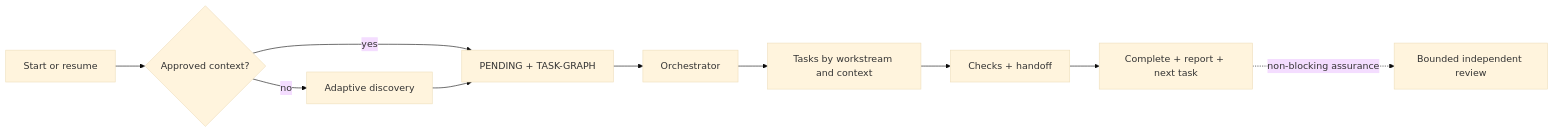
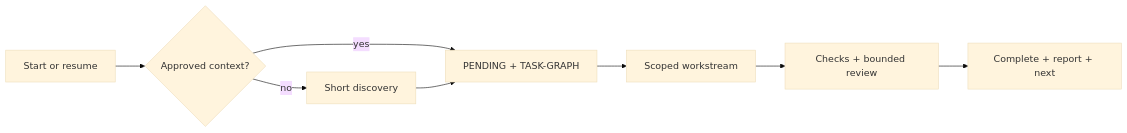
One commit to Eduardo-Salvador/Agent-Harness-Kit changed the diagram in README.md. Above: the diagram before and after it, drawn with Mermaid (base theme). The commit also changed other lines of this file and 38 other files, not shown here.

````diff
--- a/README.md
+++ b/README.md
@@ -158,12 +82,10 @@
 ```mermaid
 flowchart LR
     S[Start or resume] --> C{Approved context?}
-    C -- no --> D[Adaptive discovery]
+    C -- no --> D[Short discovery]
     C -- yes --> P[PENDING + TASK-GRAPH]
     D --> P
-    P --> O[Orchestrator]
-    O --> T[Tasks by workstream and context]
-    T --> H[Checks + handoff]
-    H --> X[Complete + report + next task]
-    X -. non-blocking assurance .-> R[Bounded independent review]
+    P --> W[Scoped workstream]
+    W --> V[Checks + bounded review]
+    V --> X[Complete + report + next]
 ```
````
